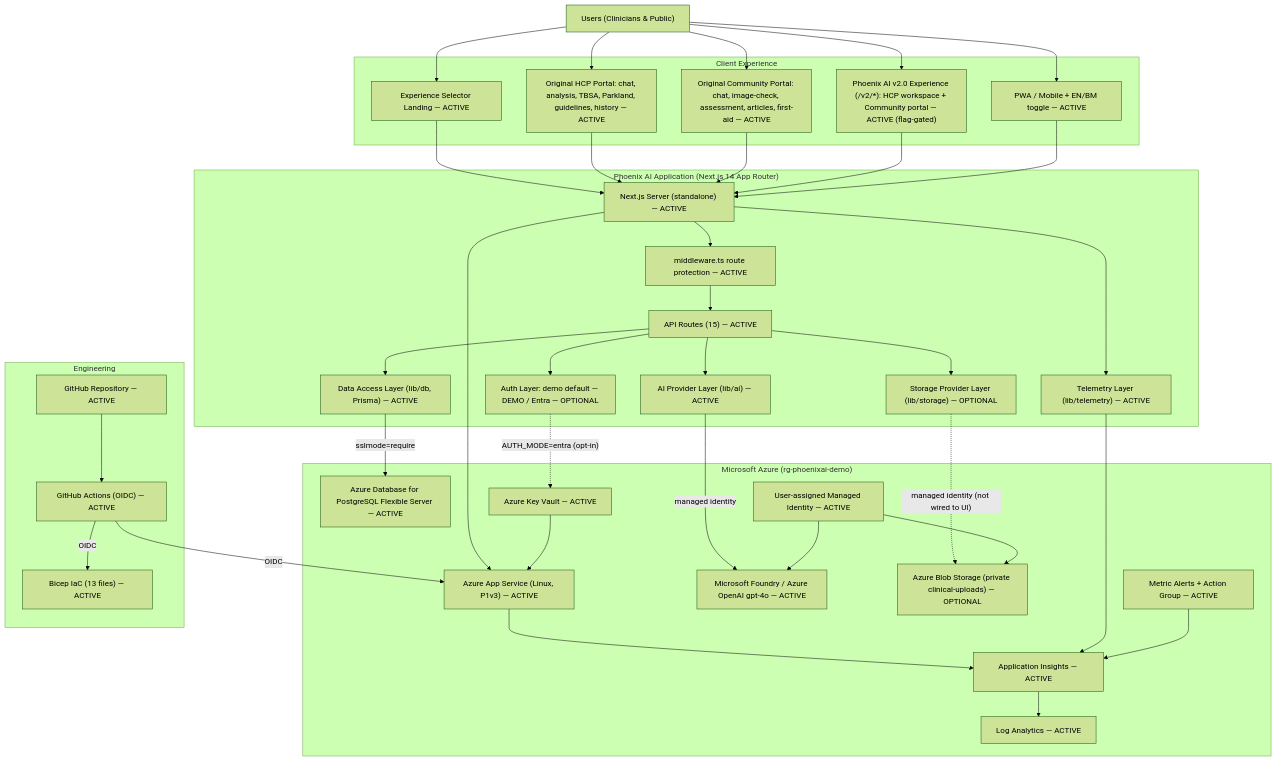
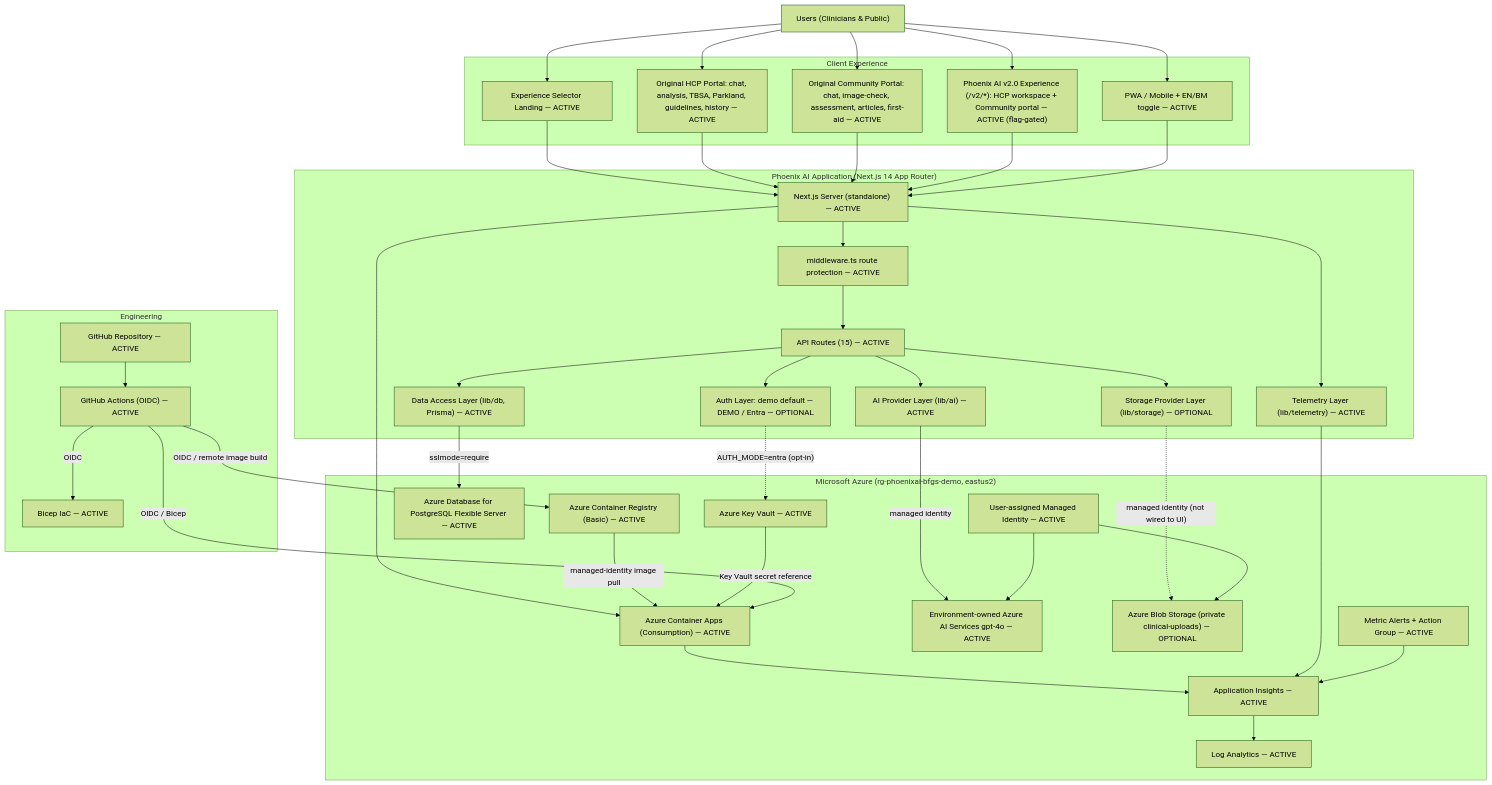
The diagram in docs/architecture/diagrams/current-architecture.mmd (polyfuze4336-bot/phoenix-ai-azure), drawn with Mermaid (forest theme) before and after one commit. The commit also changed 31 other files, not shown here.

Commit message:
feat(azure): deploy Phoenix AI to Container Apps

```diff
--- a/docs/architecture/diagrams/current-architecture.mmd
+++ b/docs/architecture/diagrams/current-architecture.mmd
@@ -1,81 +1,84 @@
 %% Phoenix AI — Current (AS-IS) high-level architecture
-%% Source of truth: repository at HEAD + live Azure environment (rg-phoenixai-demo, southeastasia).
+%% Source of truth: repository at HEAD + current customer environment (rg-phoenixai-bfgs-demo, eastus2).
 %% Annotations: ACTIVE = implemented & in use, DEMO = mock/fictional, OPTIONAL = configured but not wired to UI,
 %% LEGACY = retained-for-parity/not runtime, PLANNED = not implemented.
 flowchart TB
     Users["Users (Clinicians & Public)"]
 
     subgraph CLIENT["Client Experience"]
         Landing["Experience Selector Landing — ACTIVE"]
         HCP["Original HCP Portal: chat, analysis, TBSA, Parkland, guidelines, history — ACTIVE"]
         Community["Original Community Portal: chat, image-check, assessment, articles, first-aid — ACTIVE"]
         V2["Phoenix AI v2.0 Experience (/v2/*): HCP workspace + Community portal — ACTIVE (flag-gated)"]
         PWA["PWA / Mobile + EN/BM toggle — ACTIVE"]
     end
 
     subgraph APP["Phoenix AI Application (Next.js 14 App Router)"]
         Next["Next.js Server (standalone) — ACTIVE"]
         MW["middleware.ts route protection — ACTIVE"]
         API["API Routes (15) — ACTIVE"]
         Auth["Auth Layer: demo default — DEMO / Entra — OPTIONAL"]
         AIProvider["AI Provider Layer (lib/ai) — ACTIVE"]
         Data["Data Access Layer (lib/db, Prisma) — ACTIVE"]
         Storage["Storage Provider Layer (lib/storage) — OPTIONAL"]
         Telemetry["Telemetry Layer (lib/telemetry) — ACTIVE"]
     end
 
-    subgraph AZURE["Microsoft Azure (rg-phoenixai-demo)"]
-        AppService["Azure App Service (Linux, P1v3) — ACTIVE"]
-        Foundry["Microsoft Foundry / Azure OpenAI gpt-4o — ACTIVE"]
+    subgraph AZURE["Microsoft Azure (rg-phoenixai-bfgs-demo, eastus2)"]
+        ContainerApp["Azure Container Apps (Consumption) — ACTIVE"]
+        ACR["Azure Container Registry (Basic) — ACTIVE"]
+        Foundry["Environment-owned Azure AI Services gpt-4o — ACTIVE"]
         PostgreSQL["Azure Database for PostgreSQL Flexible Server — ACTIVE"]
         Blob["Azure Blob Storage (private clinical-uploads) — OPTIONAL"]
         KV["Azure Key Vault — ACTIVE"]
         MI["User-assigned Managed Identity — ACTIVE"]
         Insights["Application Insights — ACTIVE"]
         Logs["Log Analytics — ACTIVE"]
         Alerts["Metric Alerts + Action Group — ACTIVE"]
     end
 
     subgraph DEVOPS["Engineering"]
         GitHub["GitHub Repository — ACTIVE"]
         Actions["GitHub Actions (OIDC) — ACTIVE"]
-        Bicep["Bicep IaC (13 files) — ACTIVE"]
+        Bicep["Bicep IaC — ACTIVE"]
     end
 
     Users --> Landing
     Users --> HCP
     Users --> Community
     Users --> V2
     Users --> PWA
 
     Landing --> Next
     HCP --> Next
     Community --> Next
     V2 --> Next
     PWA --> Next
 
     Next --> MW
     MW --> API
     API --> Auth
     API --> AIProvider
     API --> Data
     API --> Storage
     Next --> Telemetry
 
     AIProvider -->|"managed identity"| Foundry
     Data -->|"sslmode=require"| PostgreSQL
     Storage -.->|"managed identity (not wired to UI)"| Blob
     Auth -.->|"AUTH_MODE=entra (opt-in)"| KV
 
-    Next --> AppService
-    AppService --> Insights
+    Next --> ContainerApp
+    ACR -->|"managed-identity image pull"| ContainerApp
+    ContainerApp --> Insights
     Telemetry --> Insights
     Insights --> Logs
     Alerts --> Insights
-    KV --> AppService
+    KV -->|"Key Vault secret reference"| ContainerApp
     MI --> Foundry
     MI --> Blob
 
     GitHub --> Actions
     Actions -->|"OIDC"| Bicep
-    Actions -->|"OIDC"| AppService
+    Actions -->|"OIDC / remote image build"| ACR
+    Actions -->|"OIDC / Bicep"| ContainerApp
```
